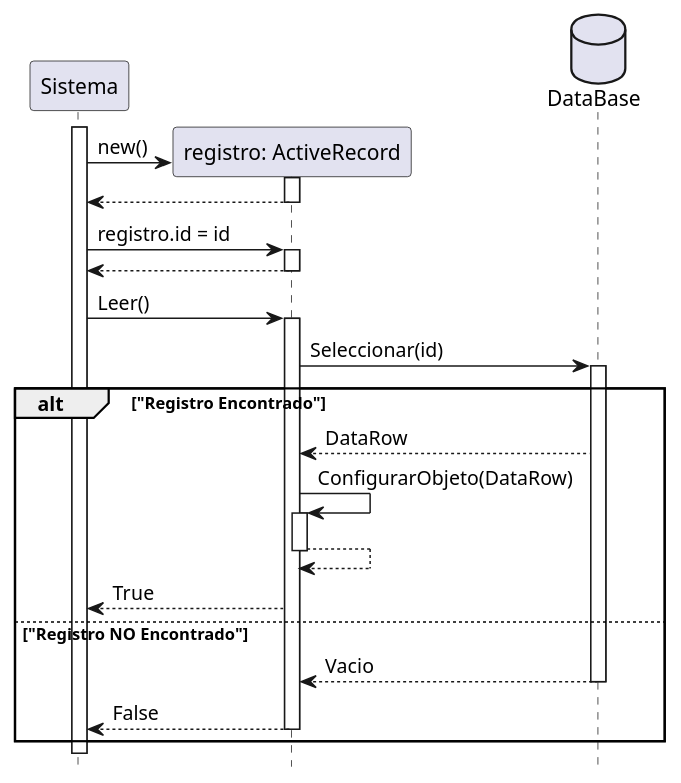
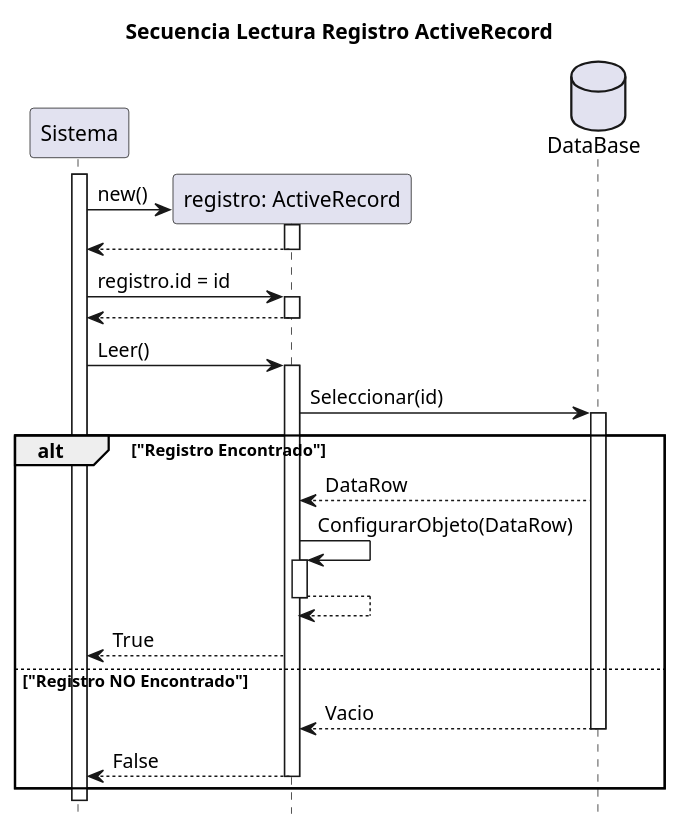
One commit to HoracioSerrano/SolucionEnterpriseMonolitica changed the diagram in PlantUML/Diagramas de Secuencia/LecturaActiveRecord.plantuml. Above: the diagram before and after it, drawn with PlantUML.

Commit message:
Diagramas

```diff
--- a/PlantUML/Diagramas de Secuencia/LecturaActiveRecord.plantuml
+++ b/PlantUML/Diagramas de Secuencia/LecturaActiveRecord.plantuml
@@ -1,25 +1,26 @@
-@startuml
+@startuml Sequencia Lectura ActiveRecord
+    title "Secuencia Lectura Registro ActiveRecord"
     hide footbox
     participant "Sistema" as sis 
     participant "registro: ActiveRecord" as reg
     database "DataBase" as db
 
     activate sis
     create reg
     sis -> reg++: new()
     sis <-- reg--
     sis -> reg++: registro.id = id
     sis <-- reg--
     sis -> reg++: Leer()
     reg -> db++: Seleccionar(id)
     alt "Registro Encontrado"
         reg <-- db: DataRow
         reg -> reg++: ConfigurarObjeto(DataRow)
         reg --> reg--
         sis <-- reg: True
     else "Registro NO Encontrado"
         reg <-- db--: Vacio
         sis <-- reg--: False
     end
     
 @enduml
```
